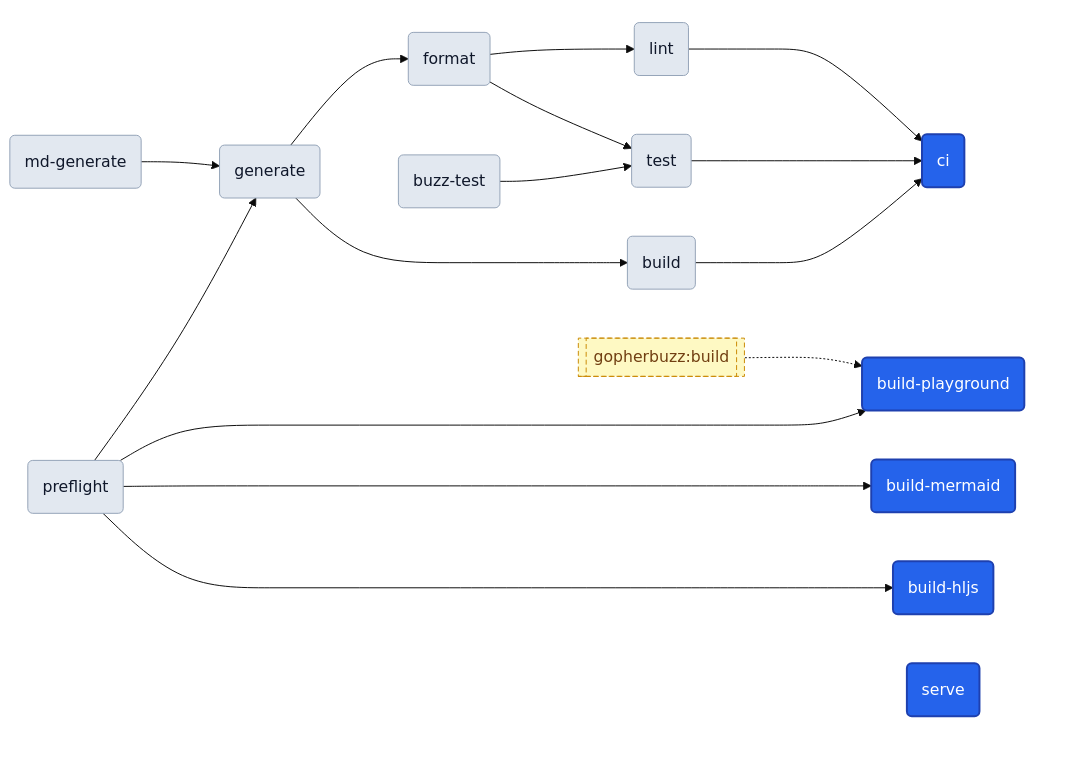
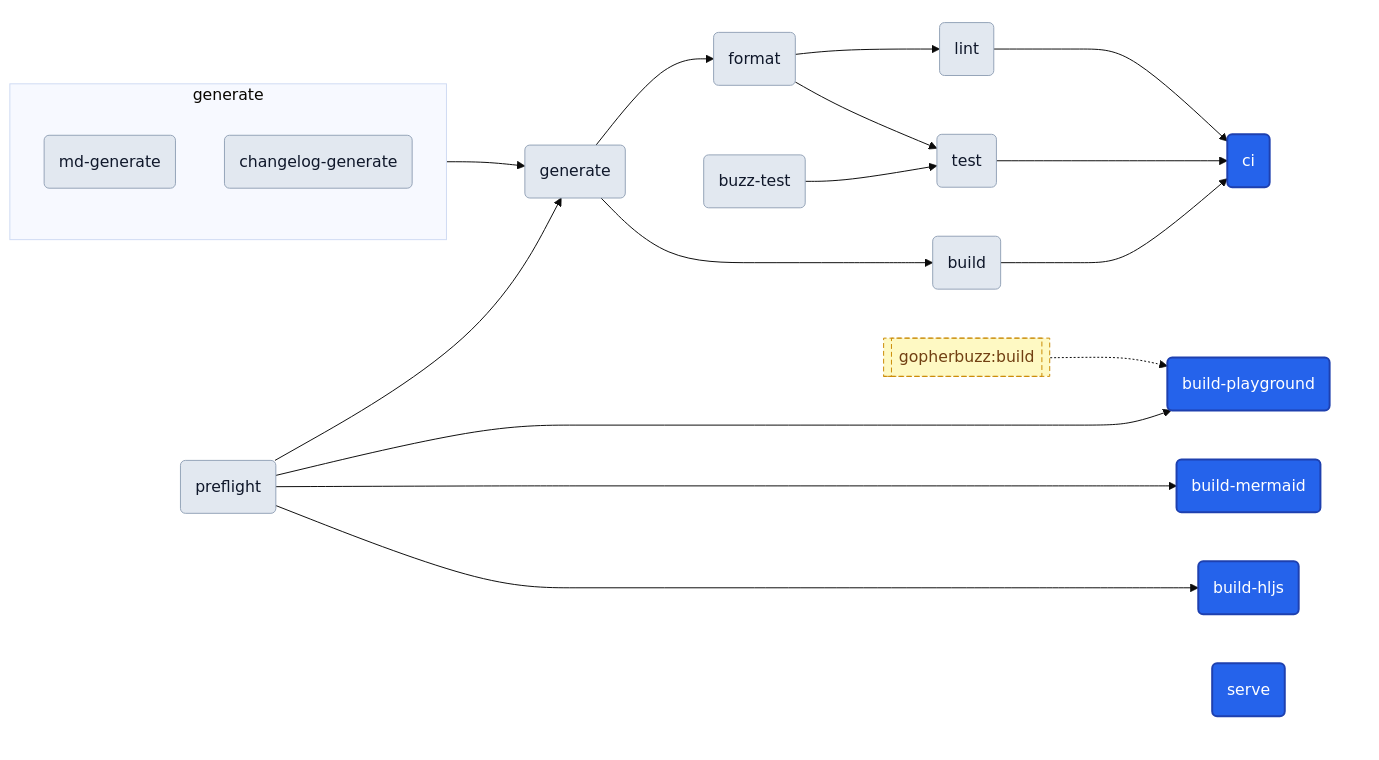
One commit to egladman/magus changed the seventh of 7 diagrams in MAGUS.md. Above: the diagram before and after it, drawn with Mermaid (base theme). The commit also changed other lines of this file and 9 other files, not shown here.

````diff
--- a/MAGUS.md
+++ b/MAGUS.md
@@ -873,46 +873,49 @@
 ```mermaid
 ---
 config:
   flowchart:
     nodeSpacing: 50
     rankSpacing: 80
 ---
 graph LR
+  subgraph stage_generate["generate"]
+    md_generate("md-generate")
+    changelog_generate("changelog-generate")
+  end
   subgraph entry_cluster[" "]
     ci("ci")
     build_playground("build-playground")
     build_mermaid("build-mermaid")
     build_hljs("build-hljs")
     serve("serve")
   end
   preflight("preflight")
-  md_generate("md-generate")
   generate("generate")
   format("format")
   lint("lint")
   build("build")
   buzz_test("buzz-test")
   test("test")
   xt_gopherbuzz_build[["gopherbuzz:build"]]
   preflight --> generate
-  md_generate --> generate
+  stage_generate --> generate
   generate --> format
   format --> lint
   generate --> build
   format --> test
   buzz_test --> test
   lint --> ci
   build --> ci
   test --> ci
   preflight --> build_playground
   preflight --> build_mermaid
   preflight --> build_hljs
   xt_gopherbuzz_build -.-> build_playground
   classDef anchor fill:#2563eb,color:#ffffff,stroke:#1e40af,stroke-width:2px
   classDef target fill:#e2e8f0,color:#0f172a,stroke:#94a3b8
   classDef external fill:#fef9c3,color:#713f12,stroke:#ca8a04,stroke-dasharray:5 3
   class build_hljs,build_mermaid,build_playground,ci,serve anchor
-  class build,buzz_test,format,generate,lint,md_generate,preflight,test target
+  class build,buzz_test,changelog_generate,format,generate,lint,md_generate,preflight,test target
   class xt_gopherbuzz_build external
   style entry_cluster fill:transparent,stroke:transparent
 ```
````
